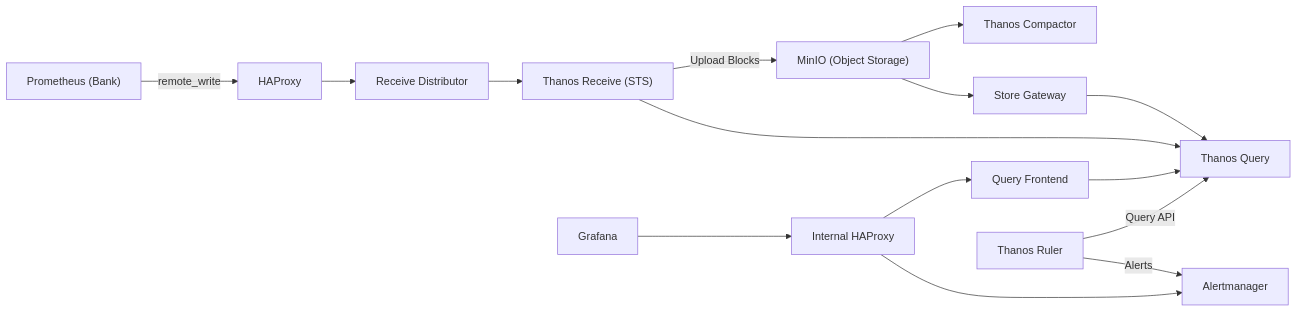
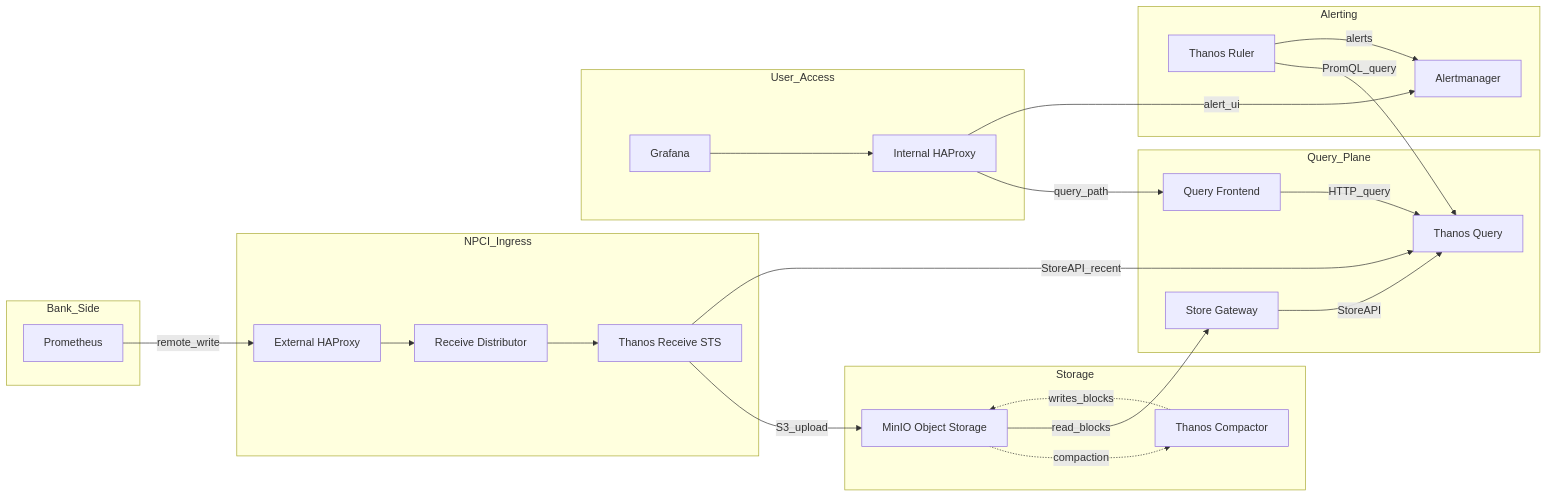
One commit to rsingh0101/cas changed the diagram in docs/architecture.md. Above: the diagram before and after it, drawn with Mermaid.

Commit message:
Revise Thanos Observability Architecture diagram

````diff
--- a/docs/architecture.md
+++ b/docs/architecture.md
@@ -3,44 +1,69 @@
 ```mermaid
 flowchart LR
 
-%% Bank Side
-Prometheus["Prometheus (Bank)"]
-HAProxyExt["HAProxy"]
-Distributor["Receive Distributor"]
-Receive["Thanos Receive (STS)"]
-MinIO["MinIO (Object Storage)"]
+%% =========================
+%% BANK / INGESTION
+%% =========================
+subgraph Bank_Side
+    Prom[Prometheus]
+end
 
-Prometheus -->|remote_write| HAProxyExt
-HAProxyExt --> Distributor
+subgraph NPCI_Ingress
+    ExtProxy[External HAProxy]
+    Distributor[Receive Distributor]
+    Receive[Thanos Receive STS]
+end
+
+Prom -->|remote_write| ExtProxy
+ExtProxy --> Distributor
 Distributor --> Receive
-Receive -->|Upload Blocks| MinIO
 
-%% Storage + Processing
-Compactor["Thanos Compactor"]
-MinIO --> Compactor
+%% =========================
+%% STORAGE
+%% =========================
+subgraph Storage
+    MinIO[MinIO Object Storage]
+    Compactor[Thanos Compactor]
+end
 
-%% Query Plane
-Store["Store Gateway"]
-QueryFrontend["Query Frontend"]
-Query["Thanos Query"]
+Receive -->|S3_upload| MinIO
+MinIO -.->|compaction| Compactor
+Compactor -.->|writes_blocks| MinIO
 
-MinIO --> Store
-Store --> Query
-Receive --> Query
-QueryFrontend --> Query
+%% =========================
+%% QUERY
+%% =========================
+subgraph Query_Plane
+    Store[Store Gateway]
+    QueryFrontend[Query Frontend]
+    Query[Thanos Query]
+end
 
-%% Alerting
-Ruler["Thanos Ruler"]
-Alertmanager["Alertmanager"]
+MinIO -->|read_blocks| Store
+Store -->|StoreAPI| Query
+Receive -->|StoreAPI_recent| Query
+QueryFrontend -->|HTTP_query| Query
 
-Ruler -->|Query API| Query
-Ruler -->|Alerts| Alertmanager
+%% =========================
+%% ALERTING
+%% =========================
+subgraph Alerting
+    Ruler[Thanos Ruler]
+    Alertmanager[Alertmanager]
+end
 
-%% User Layer
-HAProxyInt["Internal HAProxy"]
-Grafana["Grafana"]
+Ruler -->|PromQL_query| Query
+Ruler -->|alerts| Alertmanager
 
-Grafana --> HAProxyInt
-HAProxyInt --> QueryFrontend
-HAProxyInt --> Alertmanager
+%% =========================
+%% USER ACCESS
+%% =========================
+subgraph User_Access
+    Grafana[Grafana]
+    IntProxy[Internal HAProxy]
+end
+
+Grafana --> IntProxy
+IntProxy -->|query_path| QueryFrontend
+IntProxy -->|alert_ui| Alertmanager
 ```
````
